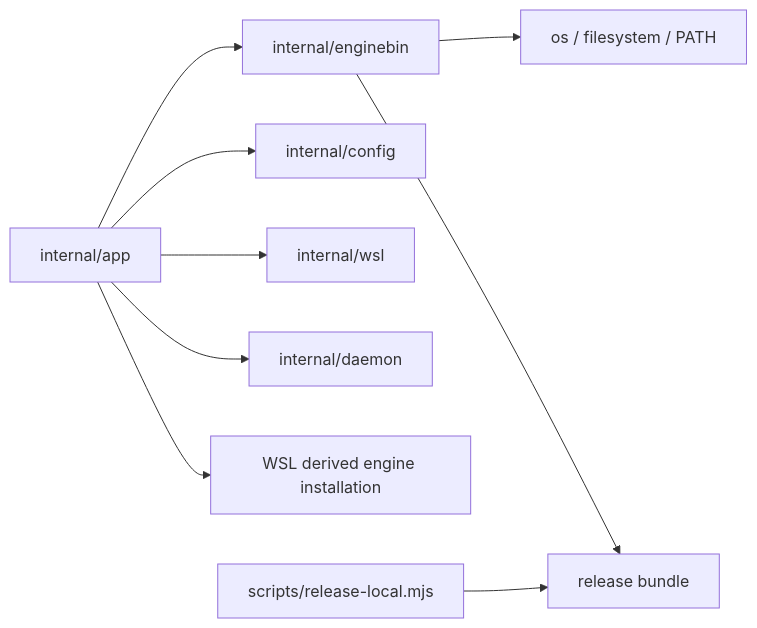
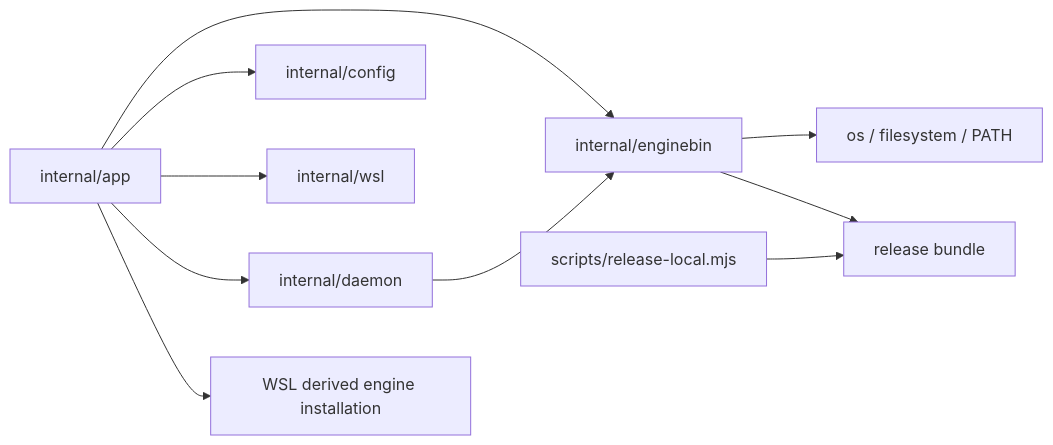
The diagram in docs/architecture/local-engine-binary-discovery-component-structure.RU.md (kimak-irmagi/sqlrs), drawn with Mermaid before and after one commit. The commit also changed other lines of this file and 5 other files, not shown here.

````diff
--- a/docs/architecture/local-engine-binary-discovery-component-structure.RU.md
+++ b/docs/architecture/local-engine-binary-discovery-component-structure.RU.md
@@ -109,11 +111,12 @@
 ```mermaid
 flowchart LR
   APP["internal/app"] --> ENGINEBIN["internal/enginebin"]
   APP --> CONFIG["internal/config"]
   APP --> WSL["internal/wsl"]
   APP --> DAEMON["internal/daemon"]
+  DAEMON --> ENGINEBIN
   ENGINEBIN --> FS["os / filesystem / PATH"]
   APP --> WSLFS["WSL derived engine installation"]
   PACKAGER["scripts/release-local.mjs"] --> BUNDLE["release bundle"]
   ENGINEBIN --> BUNDLE
 ```
````
